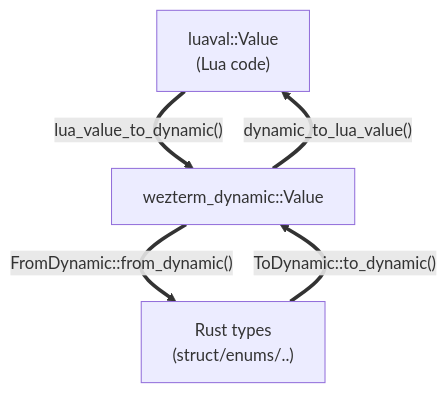
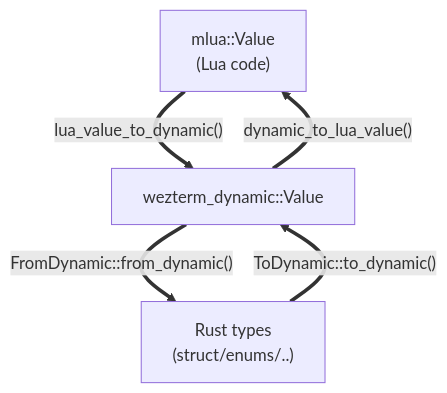
One commit to wezterm/wezterm changed the diagram in wezterm-dynamic/README.md. Above: the diagram before and after it, drawn with Mermaid.

Commit message:
docs: fix typo 👀

````diff
--- a/wezterm-dynamic/README.md
+++ b/wezterm-dynamic/README.md
@@ -13,12 +13,12 @@
 ```mermaid
 flowchart TD
-    luaval["luaval::Value\n(Lua code)"]
+    luaval["mlua::Value\n(Lua code)"]
     dynval["wezterm_dynamic::Value"]
     rust["Rust types\n(struct/enums/..)"]
 
     luaval ==>|"lua_value_to_dynamic()"| dynval
     dynval ==>|"FromDynamic::from_dynamic()"| rust
 
     rust ==>|"ToDynamic::to_dynamic()"| dynval
     dynval ==>|"dynamic_to_lua_value()"| luaval
 ```
````
